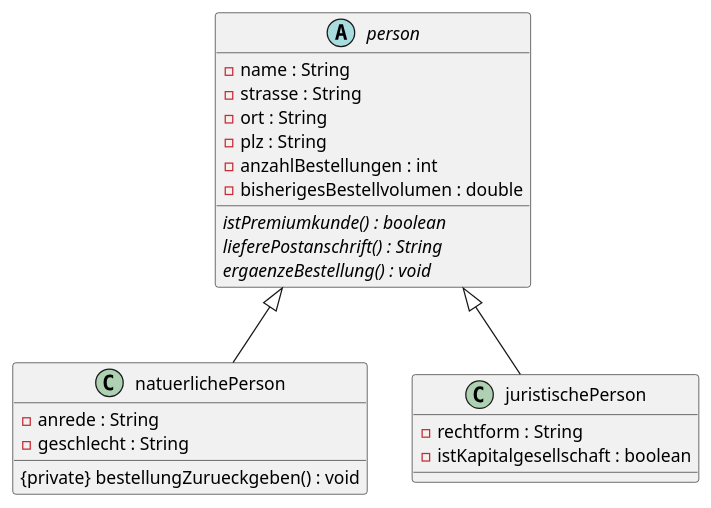
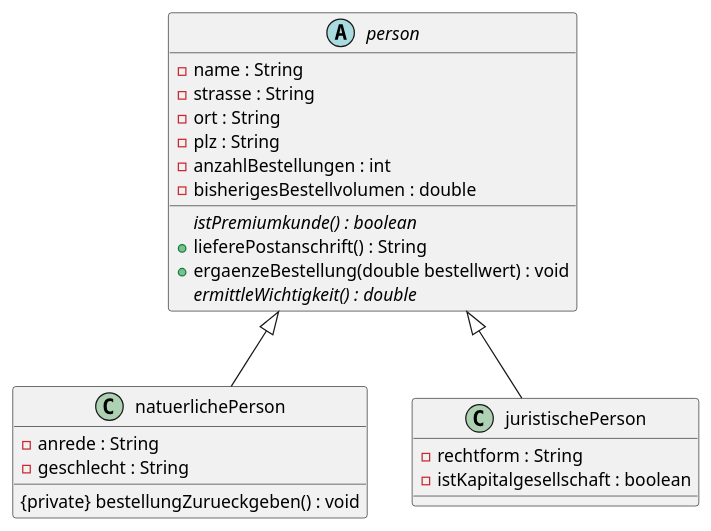
The diagram in src/class_diagramm.puml (gvogelge/kundenverwaltung), drawn with PlantUML before and after one commit. The commit also changed 1 other file, not shown here.

```diff
--- a/src/class_diagramm.puml
+++ b/src/class_diagramm.puml
@@ -1,26 +1,27 @@
 @startuml kundenverwaltungssystem
 
 abstract class person{
     - name : String
     - strasse : String
     - ort : String
     - plz : String
     - anzahlBestellungen : int
     - bisherigesBestellvolumen : double
     {abstract} istPremiumkunde() : boolean
-    {abstract} lieferePostanschrift() : String
-    {abstract} ergaenzeBestellung() : void
+    + lieferePostanschrift() : String
+    + ergaenzeBestellung(double bestellwert) : void
+    {abstract} ermittleWichtigkeit() : double
 }
 
 class natuerlichePerson extends person{
     - anrede : String
     - geschlecht : String
     {private} bestellungZurueckgeben() : void
 }
 
 class juristischePerson extends person{
     - rechtform : String
     - istKapitalgesellschaft : boolean
 }
 
 @enduml
```
